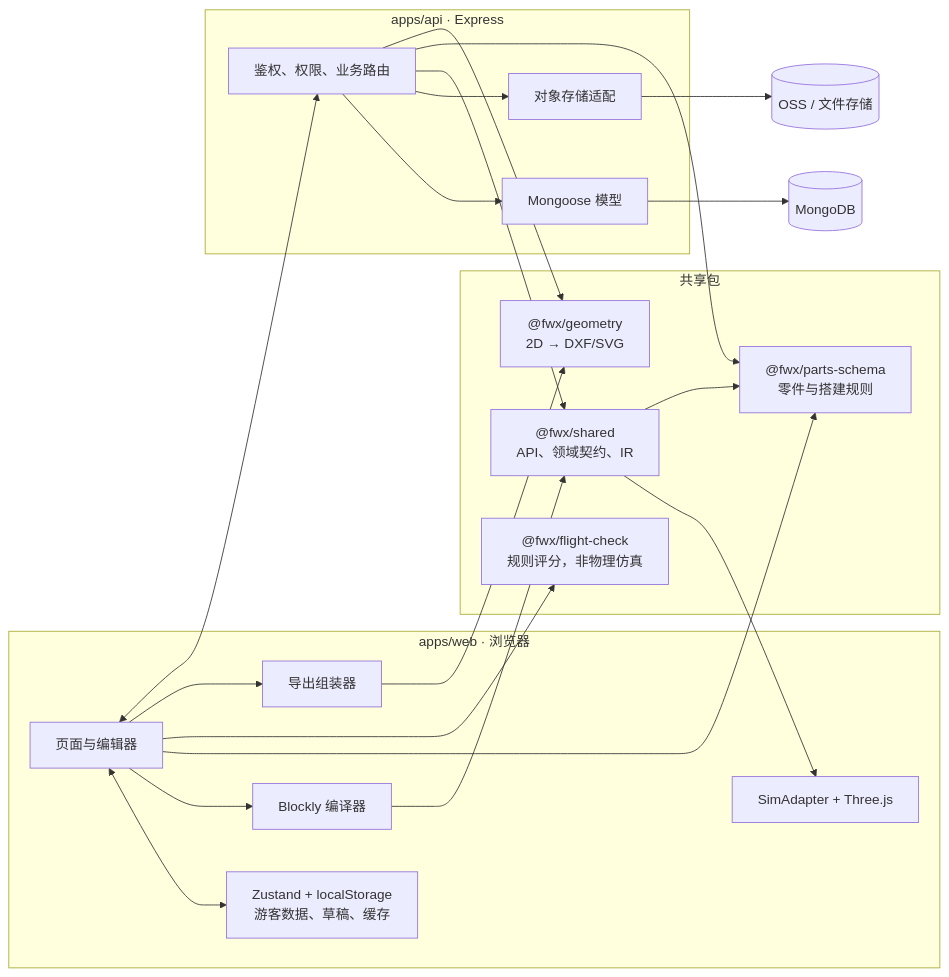
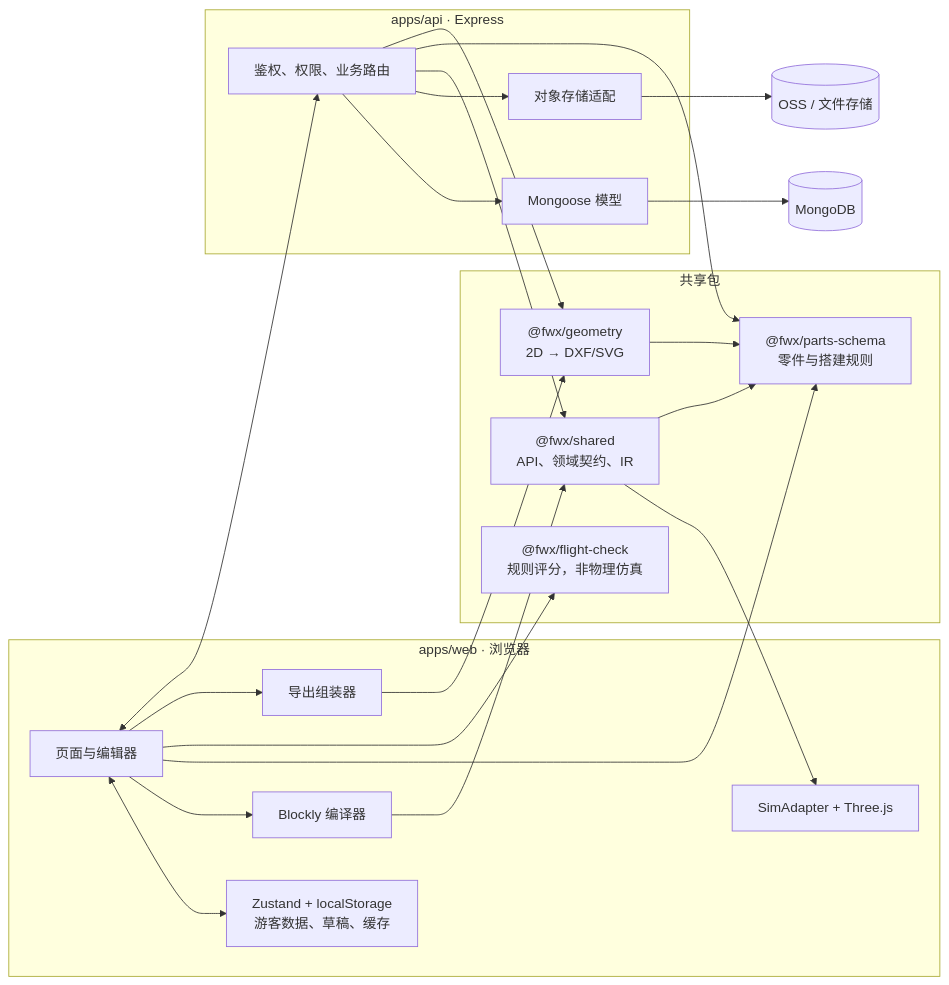
One commit to hopeful220211/flightwoodx changed the first of 4 diagrams in ARCHITECTURE.md. Above: the diagram before and after it, drawn with Mermaid. The commit also changed other lines of this file and 84 other files, not shown here.

````diff
--- a/ARCHITECTURE.md
+++ b/ARCHITECTURE.md
@@ -34,39 +34,40 @@
 ```mermaid
 flowchart LR
   subgraph Browser["apps/web · 浏览器"]
     UI["页面与编辑器"]
     Draft["Zustand + localStorage\n游客数据、草稿、缓存"]
     Blockly["Blockly 编译器"]
     Sim["SimAdapter + Three.js"]
     Export["导出组装器"]
   end
 
   subgraph Shared["共享包"]
     Contracts["@fwx/shared\nAPI、领域契约、IR"]
     Parts["@fwx/parts-schema\n零件与搭建规则"]
     Geometry["@fwx/geometry\n2D → DXF/SVG"]
     FlightCheck["@fwx/flight-check\n规则评分，非物理仿真"]
   end
 
   subgraph Server["apps/api · Express"]
     API["鉴权、权限、业务路由"]
     Models["Mongoose 模型"]
     Storage["对象存储适配"]
   end
 
   Mongo[(MongoDB)]
   OSS[(OSS / 文件存储)]
 
   UI <--> Draft
   UI --> Blockly --> Contracts --> Sim
   UI --> Parts
   UI --> FlightCheck
   UI --> Export --> Geometry
   UI <--> API
   API --> Models --> Mongo
   API --> Storage --> OSS
   API --> Contracts
   API --> Parts
   API --> Geometry
   Contracts --> Parts
+  Geometry --> Parts
 ```
````
